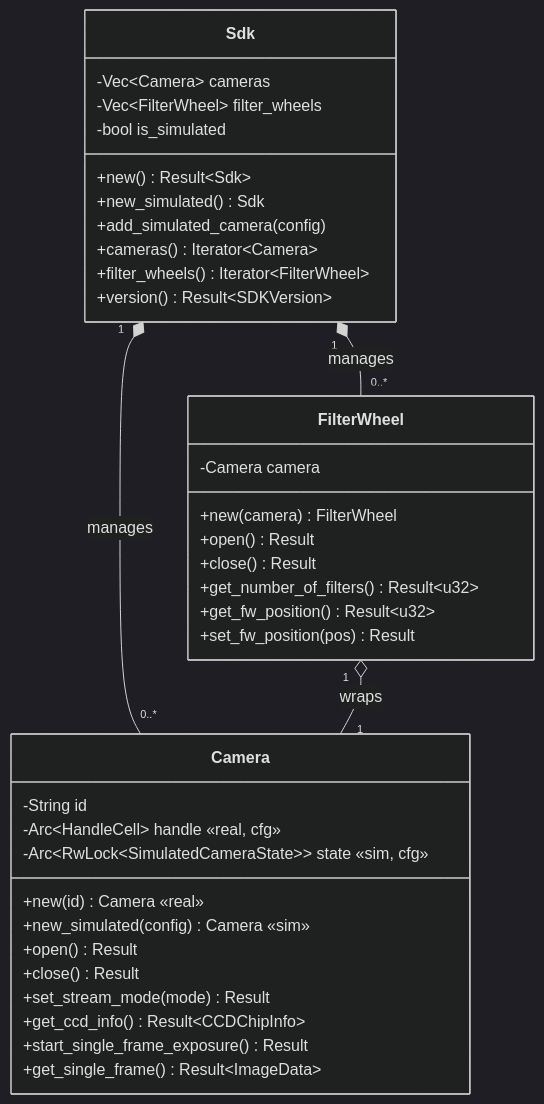
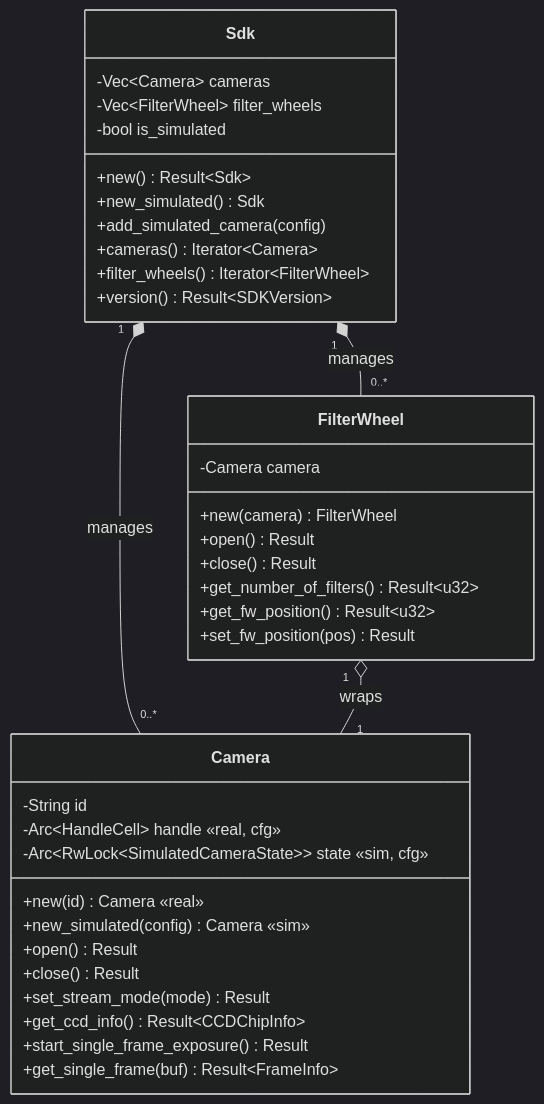
The third of 19 diagrams in crates/qhyccd-rs/docs/qhyccd-rs.md (ivonnyssen/rusty-photon), drawn with Mermaid (dark theme) before and after one commit. The commit also changed other lines of this file and 2 other files, not shown here.

First line of the commit message:
docs(qhyccd-rs): document Phase 5 (module consolidation + caller-owned frame buffer)

````diff
--- a/crates/qhyccd-rs/docs/qhyccd-rs.md
+++ b/crates/qhyccd-rs/docs/qhyccd-rs.md
@@ -94,42 +94,42 @@
 ```mermaid
 classDiagram
     class Sdk {
         -Vec~Camera~ cameras
         -Vec~FilterWheel~ filter_wheels
         -bool is_simulated
         +new() Result~Sdk~
         +new_simulated() Sdk
         +add_simulated_camera(config)
         +cameras() Iterator~Camera~
         +filter_wheels() Iterator~FilterWheel~
         +version() Result~SDKVersion~
     }
 
     class Camera {
         -String id
         -Arc~HandleCell~ handle «real, cfg»
         -Arc~RwLock~SimulatedCameraState~~ state «sim, cfg»
         +new(id) Camera «real»
         +new_simulated(config) Camera «sim»
         +open() Result
         +close() Result
         +set_stream_mode(mode) Result
         +get_ccd_info() Result~CCDChipInfo~
         +start_single_frame_exposure() Result
-        +get_single_frame() Result~ImageData~
+        +get_single_frame(buf) Result~FrameInfo~
     }
 
     class FilterWheel {
         -Camera camera
         +new(camera) FilterWheel
         +open() Result
         +close() Result
         +get_number_of_filters() Result~u32~
         +get_fw_position() Result~u32~
         +set_fw_position(pos) Result
     }
 
     Sdk "1" *-- "0..*" Camera : manages
     Sdk "1" *-- "0..*" FilterWheel : manages
     FilterWheel "1" o-- "1" Camera : wraps
 ```
````
